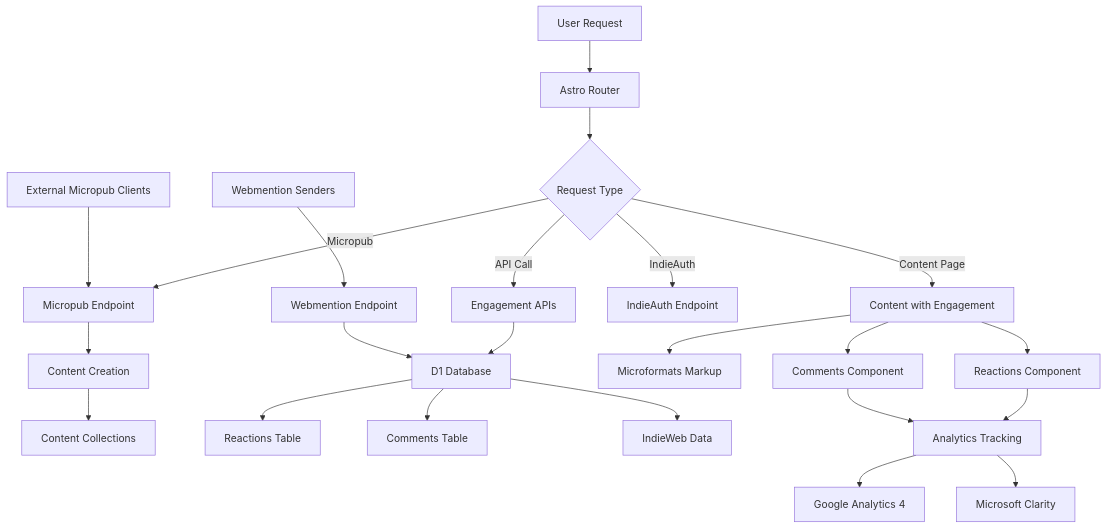
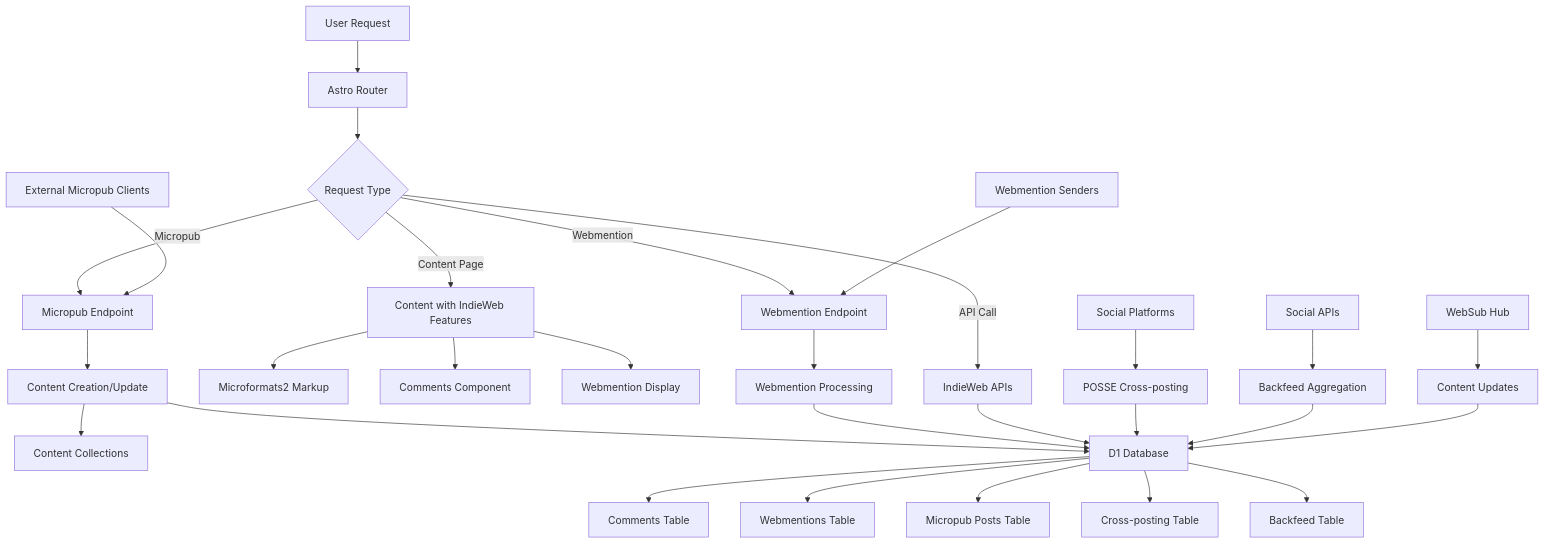
The diagram in .kiro/specs/indieweb-engagement/design.md (theWhiteWulfy/personal-site), drawn with Mermaid before and after one commit. The commit also changed other lines of this file and 2 other files, not shown here.

Commit message:
update indie web specs

````diff
--- a/.kiro/specs/indieweb-engagement/design.md
+++ b/.kiro/specs/indieweb-engagement/design.md
@@ -11,30 +11,37 @@
 ```mermaid
 graph TB
     A[User Request] --> B[Astro Router]
     B --> C{Request Type}
-    C -->|Content Page| D[Content with Engagement]
+    C -->|Content Page| D[Content with IndieWeb Features]
     C -->|Micropub| E[Micropub Endpoint]
-    C -->|API Call| F[Engagement APIs]
-    C -->|IndieAuth| G[IndieAuth Endpoint]
+    C -->|Webmention| F[Webmention Endpoint]
+    C -->|API Call| G[IndieWeb APIs]
     
-    D --> H[Reactions Component]
+    D --> H[Microformats2 Markup]
     D --> I[Comments Component]
-    D --> J[Microformats Markup]
+    D --> J[Webmention Display]
     
-    E --> K[Content Creation]
+    E --> K[Content Creation/Update]
     K --> L[Content Collections]
+    K --> M[D1 Database]
     
-    F --> M[D1 Database]
-    M --> N[Reactions Table]
+    F --> N[Webmention Processing]
+    N --> M
+    
+    G --> M[D1 Database]
     M --> O[Comments Table]
-    M --> P[IndieWeb Data]
-    
-    H --> Q[Analytics Tracking]
-    I --> Q
-    Q --> R[Google Analytics 4]
-    Q --> S[Microsoft Clarity]
+    M --> P[Webmentions Table]
+    M --> Q[Micropub Posts Table]
+    M --> R[Cross-posting Table]
+    M --> S[Backfeed Table]
     
     T[External Micropub Clients] --> E
-    U[Webmention Senders] --> V[Webmention Endpoint]
-    V --> M
+    U[Webmention Senders] --> F
+    V[Social Platforms] --> W[POSSE Cross-posting]
+    W --> M
+    X[Social APIs] --> Y[Backfeed Aggregation]
+    Y --> M
+    
+    Z[WebSub Hub] --> AA[Content Updates]
+    AA --> M
 ```
````
